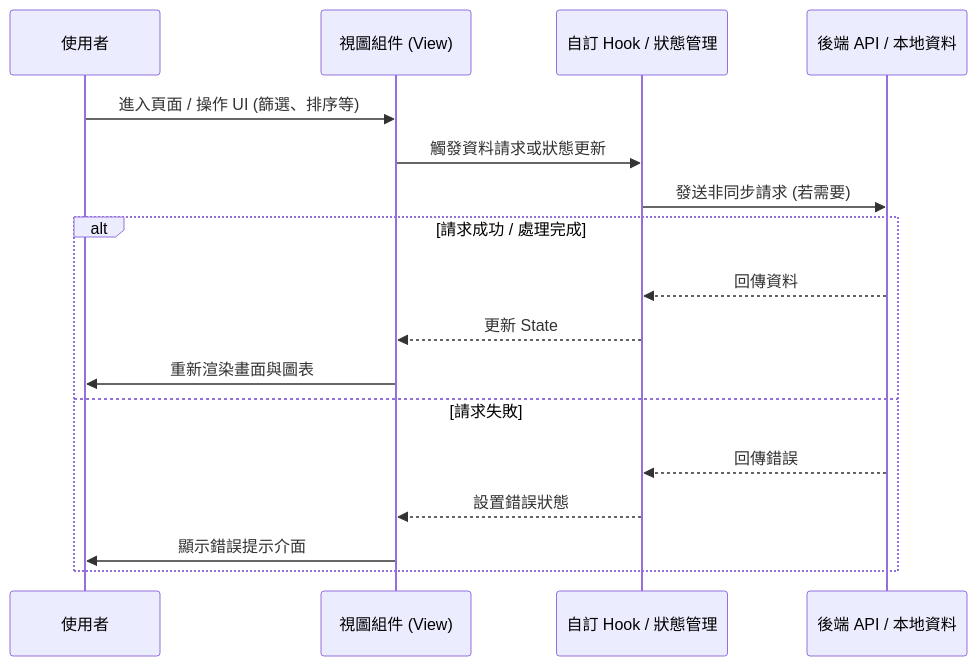
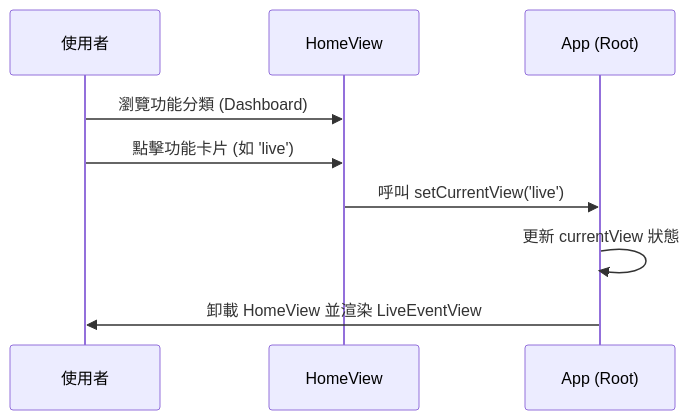
The diagram in docs/PAGE_HOME.md (rockzerox/Project-Sekai-Ranking), drawn with Mermaid before and after one commit. The commit also changed 16 other files, not shown here.

````diff
--- a/docs/PAGE_HOME.md
+++ b/docs/PAGE_HOME.md
@@ -79,20 +79,12 @@
 ```mermaid
 sequenceDiagram
     participant User as 使用者
-    participant View as 視圖組件 (View)
-    participant Hook as 自訂 Hook / 狀態管理
-    participant API as 後端 API / 本地資料
+    participant Home as HomeView
+    participant App as App (Root)
 
-    User->>View: 進入頁面 / 操作 UI (篩選、排序等)
-    View->>Hook: 觸發資料請求或狀態更新
-    Hook->>API: 發送非同步請求 (若需要)
-    alt 請求成功 / 處理完成
-        API-->>Hook: 回傳資料
-        Hook-->>View: 更新 State
-        View->>User: 重新渲染畫面與圖表
-    else 請求失敗
-        API-->>Hook: 回傳錯誤
-        Hook-->>View: 設置錯誤狀態
-        View->>User: 顯示錯誤提示介面
-    end
+    User->>Home: 瀏覽功能分類 (Dashboard)
+    User->>Home: 點擊功能卡片 (如 'live')
+    Home->>App: 呼叫 setCurrentView('live')
+    App->>App: 更新 currentView 狀態
+    App->>User: 卸載 HomeView 並渲染 LiveEventView
 ```
````
